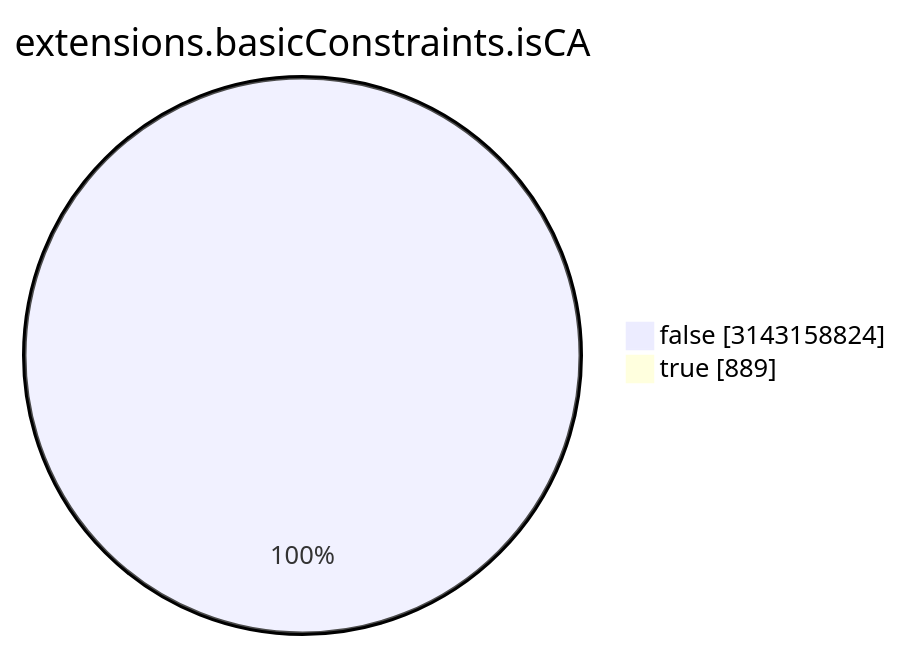
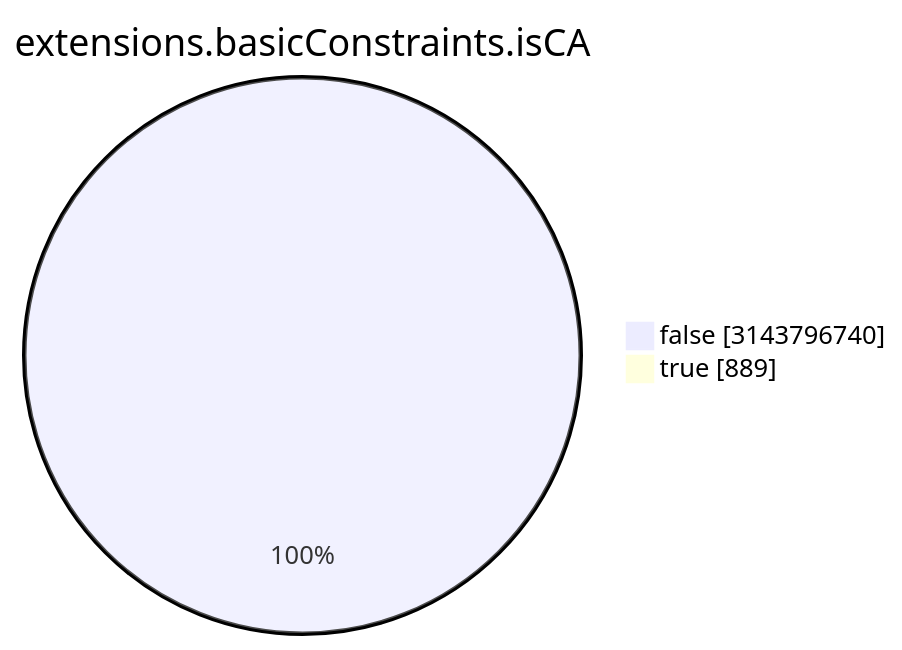
Before and after one commit to christiankrug/ctmonitor_visualization: the seventh of 15 diagrams in TOTAL/README.md, drawn with Mermaid. The commit also changed other lines of this file, not shown here.

````diff
--- a/TOTAL/README.md
+++ b/TOTAL/README.md
@@ -3088,6 +3088,6 @@
 ```mermaid
 pie showData
 title extensions.basicConstraints.isCA
-"false" :3143158824
+"false" :3143796740
 "true" :889
 ```
````
